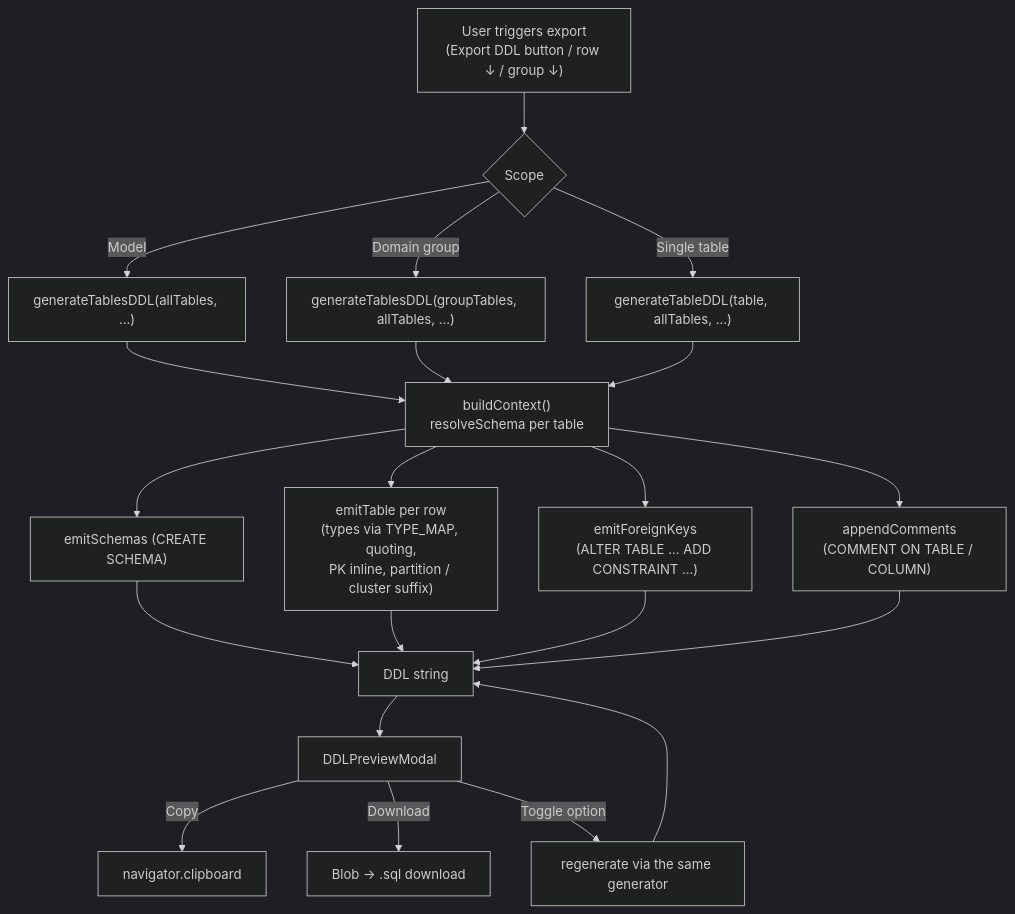
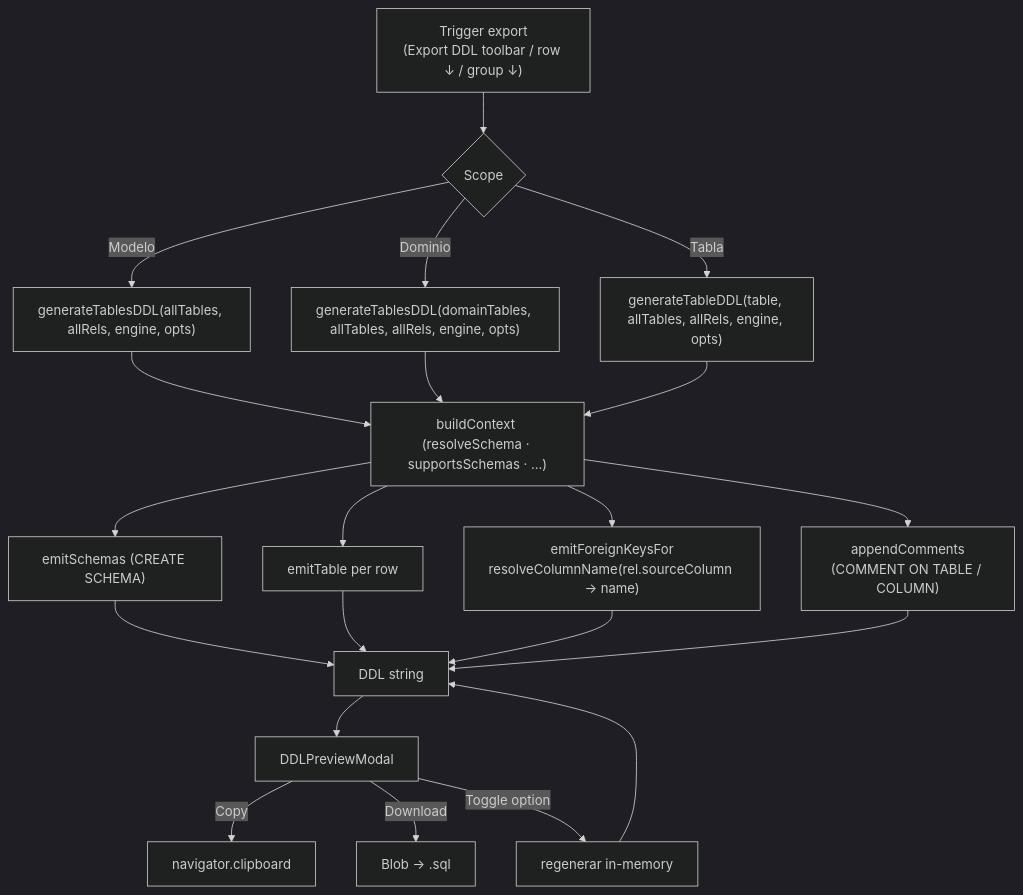
One commit to Carlosmps97/web-data-model-hub changed diagram 11 of 13 in doc/data-flow.md. Above: the diagram before and after it, drawn with Mermaid (dark theme). The commit also changed other lines of this file and 5 other files, not shown here.

````diff
--- a/doc/data-flow.md
+++ b/doc/data-flow.md
@@ -199,23 +317,23 @@
 ```mermaid
 flowchart TD
-    A["User triggers export\n(Export DDL button / row ↓ / group ↓)"] --> B{"Scope"}
-    B -->|"Model"| MS["generateTablesDDL(allTables, …)"]
-    B -->|"Domain group"| DS["generateTablesDDL(groupTables, allTables, …)"]
-    B -->|"Single table"| TS["generateTableDDL(table, allTables, …)"]
-    MS --> CTX["buildContext()\nresolveSchema per table"]
+    A["Trigger export<br/>(Export DDL toolbar / row ↓ / group ↓)"] --> B{"Scope"}
+    B -->|"Modelo"| MS["generateTablesDDL(allTables, allRels, engine, opts)"]
+    B -->|"Dominio"| DS["generateTablesDDL(domainTables, allTables, allRels, engine, opts)"]
+    B -->|"Tabla"| TS["generateTableDDL(table, allTables, allRels, engine, opts)"]
+    MS --> CTX["buildContext (resolveSchema · supportsSchemas · ...)"]
     DS --> CTX
     TS --> CTX
     CTX --> EM["emitSchemas (CREATE SCHEMA)"]
-    CTX --> ET["emitTable per row\n(types via TYPE_MAP, quoting,\nPK inline, partition / cluster suffix)"]
-    CTX --> EFK["emitForeignKeys\n(ALTER TABLE … ADD CONSTRAINT …)"]
-    CTX --> ECM["appendComments\n(COMMENT ON TABLE / COLUMN)"]
+    CTX --> ET["emitTable per row"]
+    CTX --> EFK["emitForeignKeysFor<br/>resolveColumnName(rel.sourceColumn → name)"]
+    CTX --> ECM["appendComments<br/>(COMMENT ON TABLE / COLUMN)"]
     EM --> O["DDL string"]
     ET --> O
     EFK --> O
     ECM --> O
     O --> M["DDLPreviewModal"]
     M -->|"Copy"| CB["navigator.clipboard"]
-    M -->|"Download"| DL["Blob → .sql download"]
-    M -->|"Toggle option"| RG["regenerate via the same generator"]
+    M -->|"Download"| DL["Blob → .sql"]
+    M -->|"Toggle option"| RG["regenerar in-memory"]
     RG --> O
 ```
````
